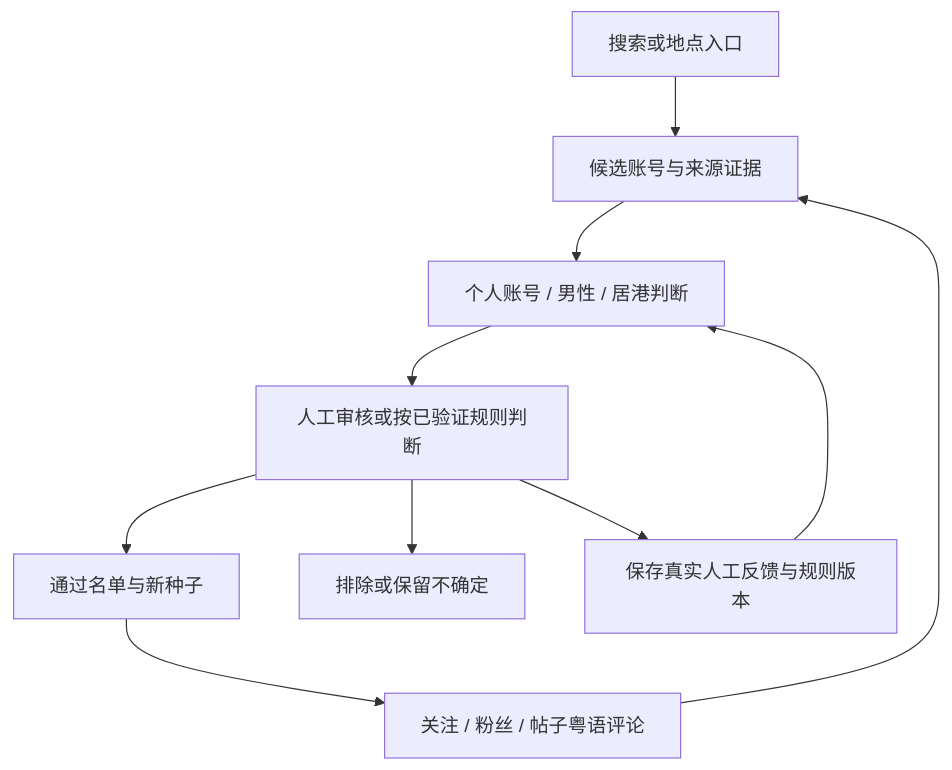
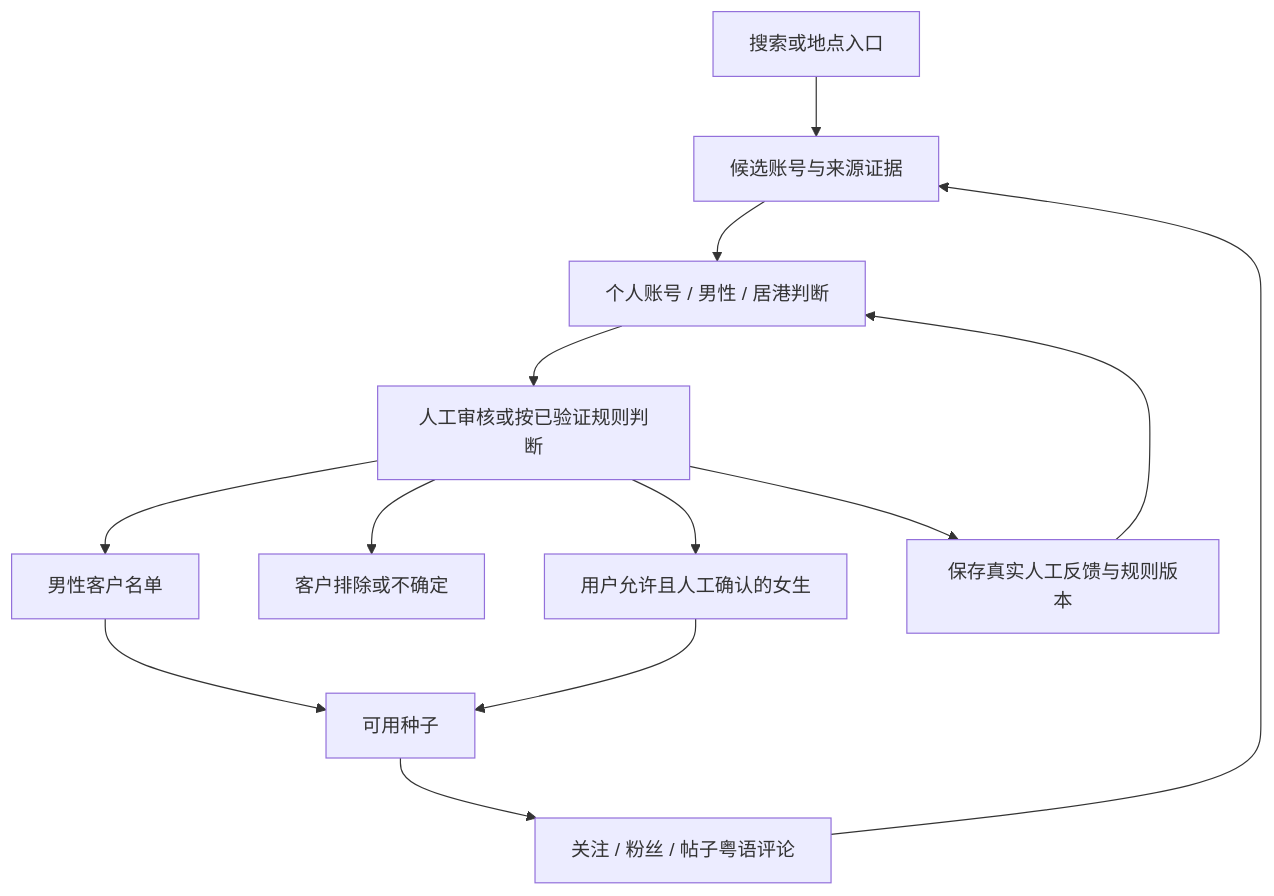
Before and after one commit to tianba777/instagram-hk-leads: the diagram in README.md, drawn with Mermaid. The commit also changed other lines of this file and 6 other files, not shown here.

````diff
--- a/README.md
+++ b/README.md
@@ -41,12 +44,15 @@
 ```mermaid
 flowchart TD
     A[搜索或地点入口] --> B[候选账号与来源证据]
     B --> C[个人账号 / 男性 / 居港判断]
     C --> D[人工审核或按已验证规则判断]
-    D --> E[通过名单与新种子]
-    D --> F[排除或保留不确定]
-    E --> G[关注 / 粉丝 / 帖子粤语评论]
+    D --> E[男性客户名单]
+    D --> F[客户排除或不确定]
+    D --> I[用户允许且人工确认的女生]
+    E --> J[可用种子]
+    I --> J
+    J --> G[关注 / 粉丝 / 帖子粤语评论]
     G --> B
     D --> H[保存真实人工反馈与规则版本]
     H --> C
 ```
````
